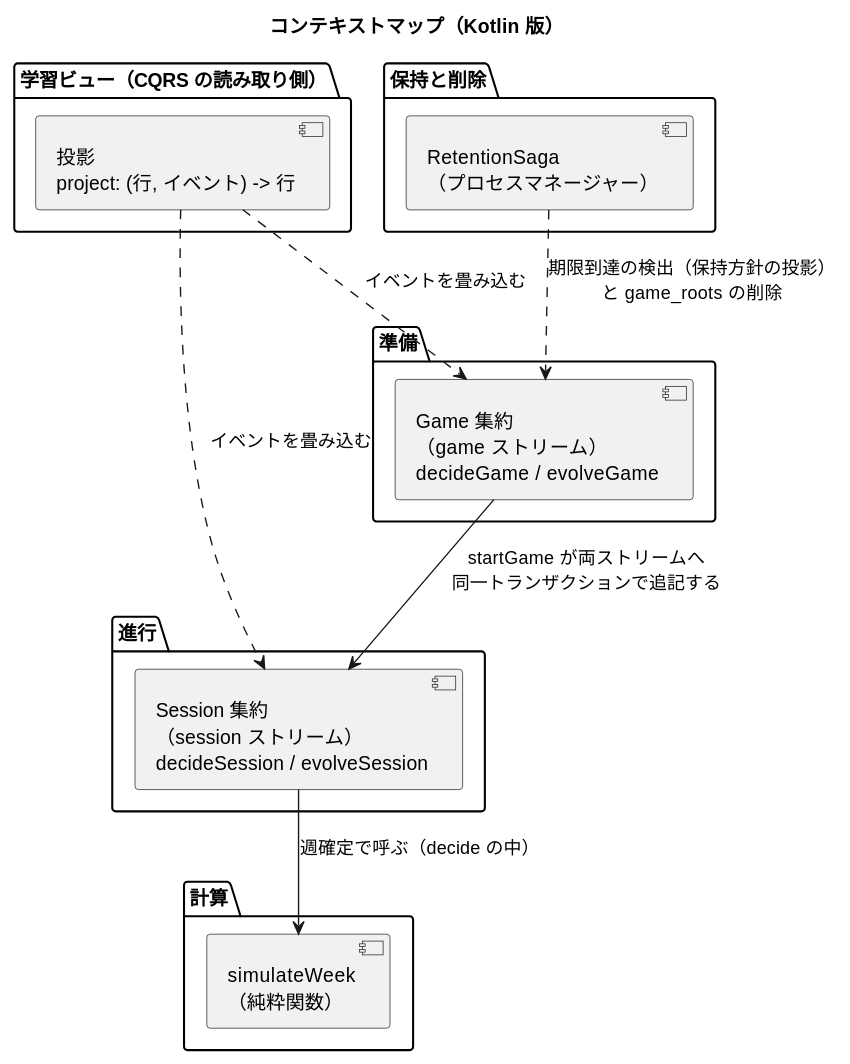
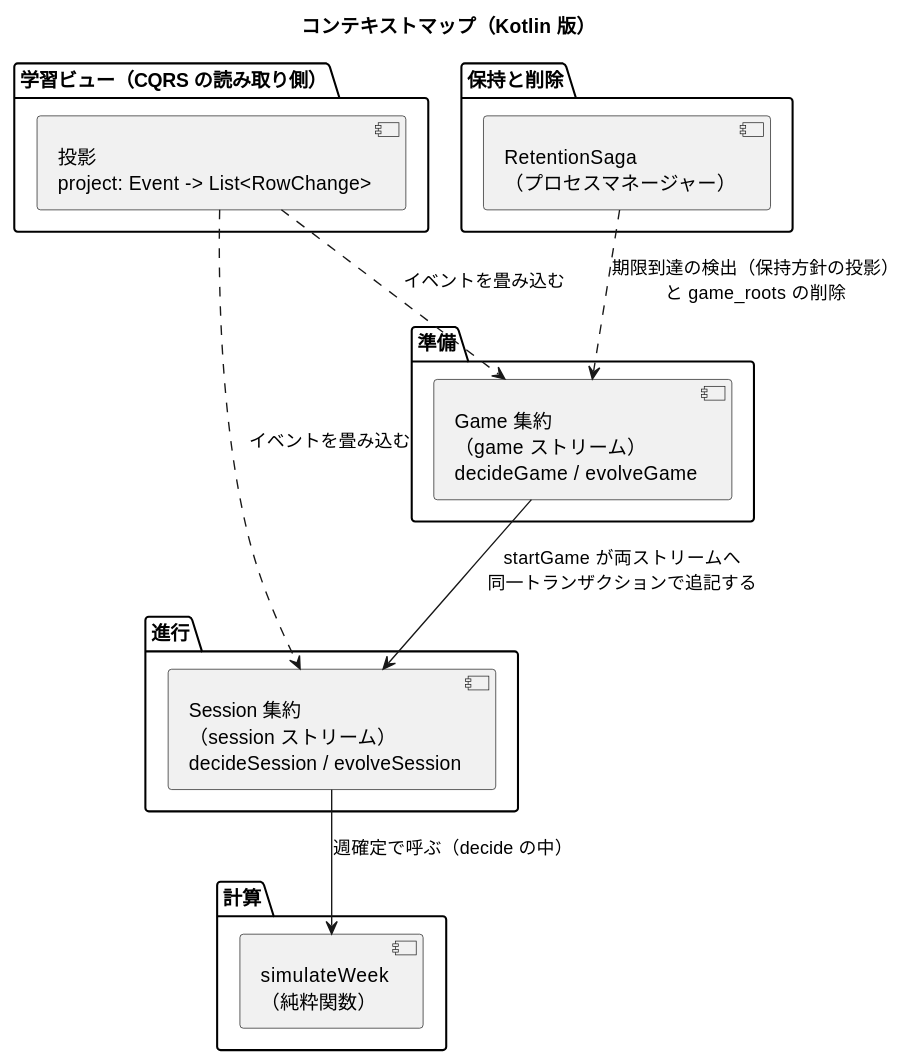
The first of 4 diagrams in docs/design/beer-game-kotlin/domain-model.md (k2works/case-study-beer-game-simulation), drawn with PlantUML before and after one commit. The commit also changed other lines of this file and 10 other files, not shown here.

````diff
--- a/docs/design/beer-game-kotlin/domain-model.md
+++ b/docs/design/beer-game-kotlin/domain-model.md
@@ -47,27 +47,27 @@
 ```plantuml
 @startuml
 title コンテキストマップ（Kotlin 版）
 
 package "準備" {
   component "Game 集約\n（game ストリーム）\ndecideGame / evolveGame" as GAME
 }
 package "進行" {
   component "Session 集約\n（session ストリーム）\ndecideSession / evolveSession" as SESS
 }
 package "計算" {
   component "simulateWeek\n（純粋関数）" as SIM
 }
 package "学習ビュー（CQRS の読み取り側）" {
-  component "投影\nproject: (行, イベント) -> 行" as LV
+  component "投影\nproject: Event -> List<RowChange>" as LV
 }
 package "保持と削除" {
   component "RetentionSaga\n（プロセスマネージャー）" as RT
 }
 
 GAME --> SESS : startGame が両ストリームへ\n同一トランザクションで追記する
 SESS --> SIM : 週確定で呼ぶ（decide の中）
 LV ..> GAME : イベントを畳み込む
 LV ..> SESS : イベントを畳み込む
 RT ..> GAME : 期限到達の検出（保持方針の投影）\nと game_roots の削除
 @enduml
 ```
````
